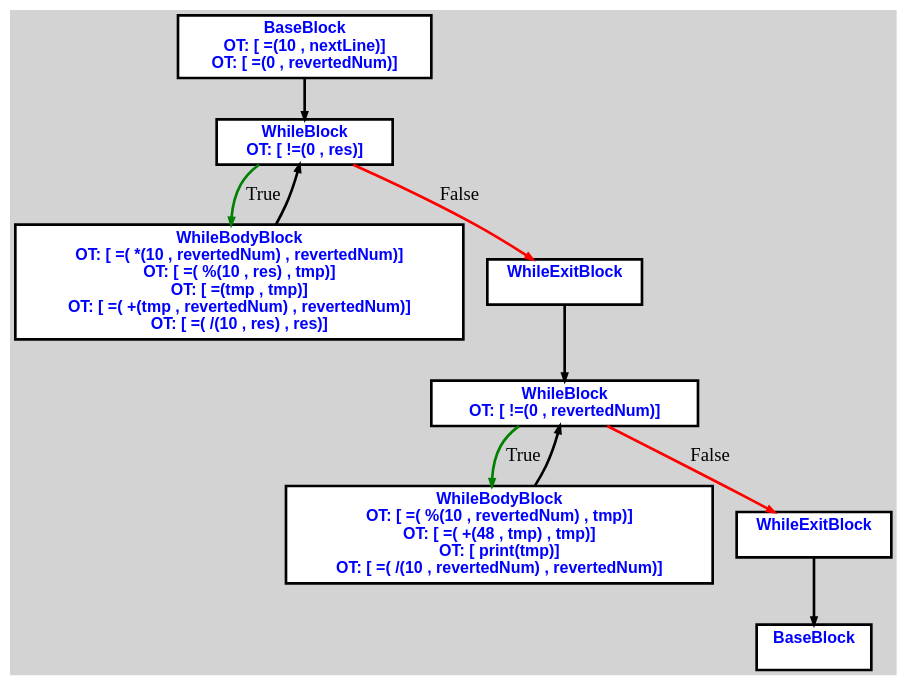
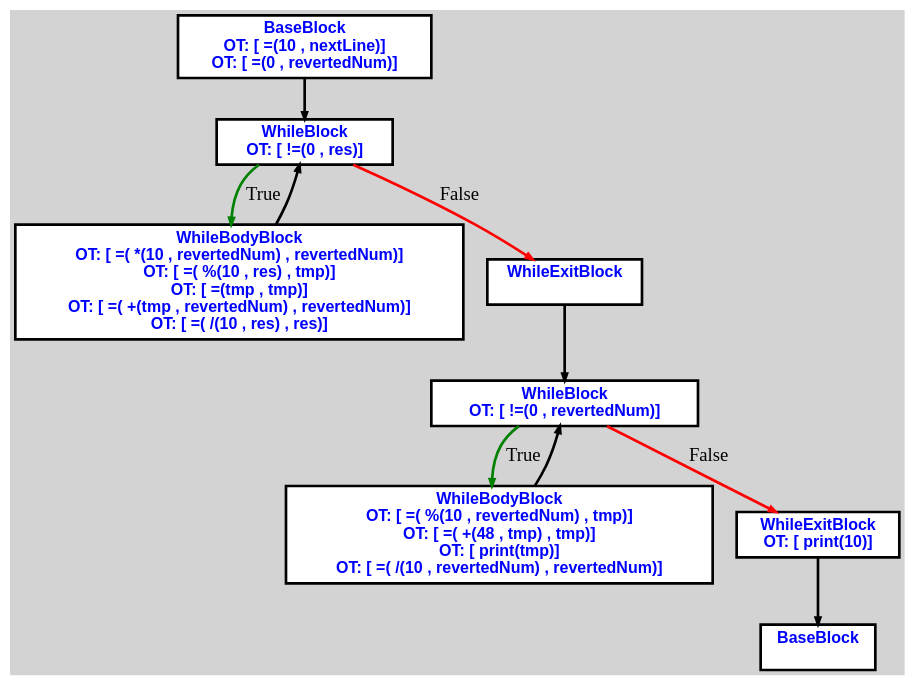
Before and after one commit to aveen007/CountingMonkeys: the diagram in cpoCompilerWin/input2.txt.print_value.dot, drawn with Graphviz. The commit also changed 32 other files, not shown here.

```diff
--- a/cpoCompilerWin/input2.txt.print_value.dot
+++ b/cpoCompilerWin/input2.txt.print_value.dot
@@ -1,37 +1,38 @@
 digraph G {
 ordering=out;
 ranksep=.4;
 bgcolor="lightgrey";  node [shape=box, fixedsize=false, fontsize=12, fontname="Helvetica-bold", fontcolor="blue"
 width=.25, height=.25, color="black", fillcolor="white", style="filled, solid, bold"];
 
-edge [arrowsize=.5, color="black", style="bold"]    n000011823B023920 [label="BaseBlock\n OT: [ =(10 , nextLine)]
+edge [arrowsize=.5, color="black", style="bold"]    n000011C2D70A4A60 [label="BaseBlock\n OT: [ =(10 , nextLine)]
 OT: [ =(0 , revertedNum)]
 "]
-    n000011823B023980 [label="WhileBlock\n OT: [ !=(0 , res)]
+    n000011C2D70A4AC0 [label="WhileBlock\n OT: [ !=(0 , res)]
 "]
-    n000011823B023920 -> n000011823B023980
-	   n000011823B023980 -> n000011823B0239E0 [ label = "True" color="green"]
-    n000011823B0239E0 [label="WhileBodyBlock\n OT: [ =( *(10 , revertedNum) , revertedNum)]
+    n000011C2D70A4A60 -> n000011C2D70A4AC0
+	   n000011C2D70A4AC0 -> n000011C2D70A4B20 [ label = "True" color="green"]
+    n000011C2D70A4B20 [label="WhileBodyBlock\n OT: [ =( *(10 , revertedNum) , revertedNum)]
 OT: [ =( %(10 , res) , tmp)]
 OT: [ =(tmp , tmp)]
 OT: [ =( +(tmp , revertedNum) , revertedNum)]
 OT: [ =( /(10 , res) , res)]
 "]
-    n000011823B0239E0 -> n000011823B023980
-	   n000011823B023980 -> n000011823B023A40 [ label = "False" color="red"]
-    n000011823B023A40 [label="WhileExitBlock\n "]
-    n000011823B023AA0 [label="WhileBlock\n OT: [ !=(0 , revertedNum)]
+    n000011C2D70A4B20 -> n000011C2D70A4AC0
+	   n000011C2D70A4AC0 -> n000011C2D70A4B80 [ label = "False" color="red"]
+    n000011C2D70A4B80 [label="WhileExitBlock\n "]
+    n000011C2D70A4BE0 [label="WhileBlock\n OT: [ !=(0 , revertedNum)]
 "]
-    n000011823B023A40 -> n000011823B023AA0
-	   n000011823B023AA0 -> n000011823B023B00 [ label = "True" color="green"]
-    n000011823B023B00 [label="WhileBodyBlock\n OT: [ =( %(10 , revertedNum) , tmp)]
+    n000011C2D70A4B80 -> n000011C2D70A4BE0
+	   n000011C2D70A4BE0 -> n000011C2D70A4C40 [ label = "True" color="green"]
+    n000011C2D70A4C40 [label="WhileBodyBlock\n OT: [ =( %(10 , revertedNum) , tmp)]
 OT: [ =( +(48 , tmp) , tmp)]
 OT: [ print(tmp)]
 OT: [ =( /(10 , revertedNum) , revertedNum)]
 "]
-    n000011823B023B00 -> n000011823B023AA0
-	   n000011823B023AA0 -> n000011823B023B60 [ label = "False" color="red"]
-    n000011823B023B60 [label="WhileExitBlock\n "]
-    n000011823B023BC0 [label="BaseBlock\n "]
-    n000011823B023B60 -> n000011823B023BC0
+    n000011C2D70A4C40 -> n000011C2D70A4BE0
+	   n000011C2D70A4BE0 -> n000011C2D70A4CA0 [ label = "False" color="red"]
+    n000011C2D70A4CA0 [label="WhileExitBlock\n OT: [ print(10)]
+"]
+    n000011C2D70A4D00 [label="BaseBlock\n "]
+    n000011C2D70A4CA0 -> n000011C2D70A4D00
 }
```
